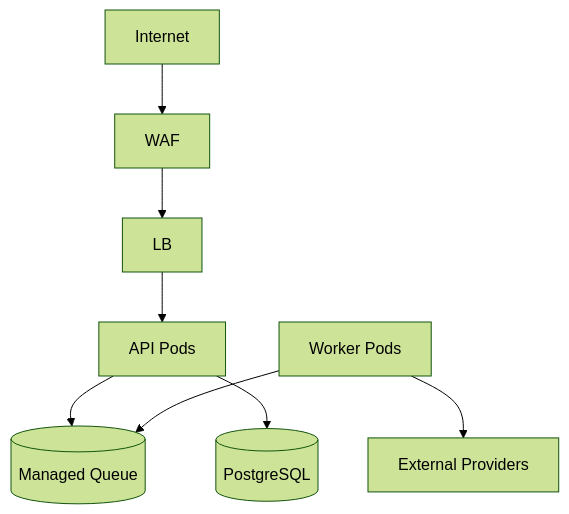
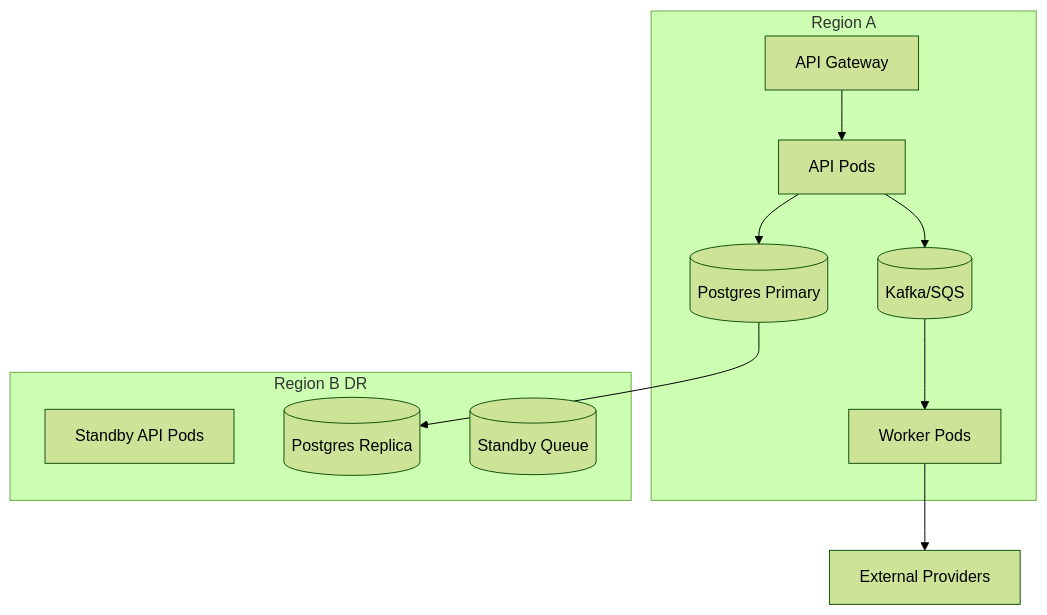
The diagram in Messaging and Notification Platform/infrastructure/deployment-diagram.md (0Ankit0/Project-Ideas), drawn with Mermaid (forest theme) before and after one commit. The commit also changed other lines of this file and 37 other files, not shown here.

Commit message:
Make messaging docs implementation-ready with detailed diagrams and runbooks

````diff
--- a/Messaging and Notification Platform/infrastructure/deployment-diagram.md
+++ b/Messaging and Notification Platform/infrastructure/deployment-diagram.md
@@ -3,9 +10,16 @@
 ```mermaid
 flowchart TB
-  Internet --> WAF --> LB
-  LB --> API[API Pods]
-  API --> MQ[(Managed Queue)]
-  API --> DB[(PostgreSQL)]
-  Workers[Worker Pods] --> MQ
-  Workers --> Providers[External Providers]
+  subgraph RegionA[Region A]
+    GW[API Gateway] --> APIA[API Pods]
+    APIA --> DBA[(Postgres Primary)]
+    APIA --> MQA[(Kafka/SQS)]
+    MQA --> WKA[Worker Pods]
+  end
+  subgraph RegionB[Region B DR]
+    APIB[Standby API Pods]
+    DBB[(Postgres Replica)]
+    MQB[(Standby Queue)]
+  end
+  WKA --> Providers[External Providers]
+  DBA --> DBB
 ```
````
